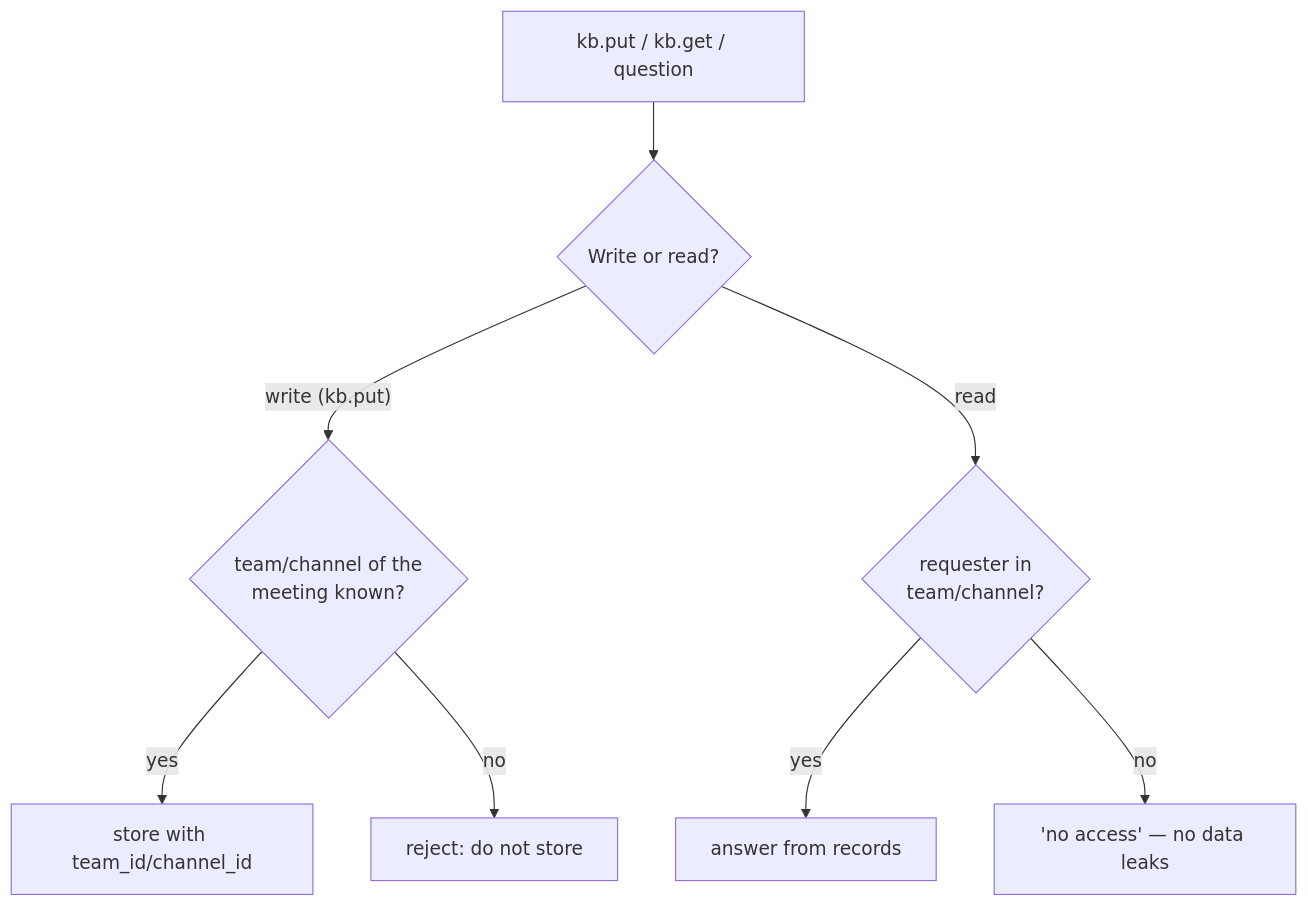
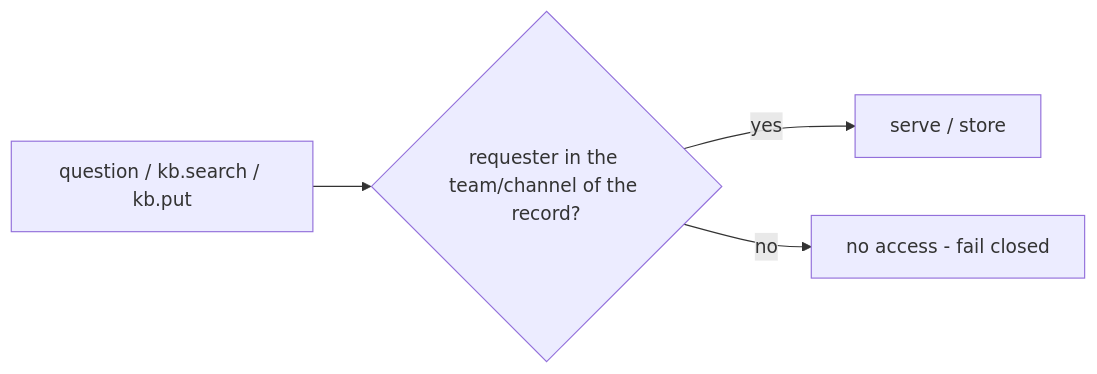
The fifth of 5 diagrams in docs/design.md (abstract-business-systems/virtual-worker), drawn with Mermaid before and after one commit. The commit also changed other lines of this file and 1 other file, not shown here.

Commit message:
Docs: rewrite design.md to as-deployed state; add architecture.md with system, audio, gating, brain-loop, stop, and ACL diagrams

````diff
--- a/docs/design.md
+++ b/docs/design.md
@@ -347,10 +363,6 @@
 ```mermaid
-flowchart TB
-    REQ["kb.put / kb.get / question"] --> W{"Write or read?"}
-    W -- "write (kb.put)" --> WA{"team/channel of the<br/>meeting known?"}
-    WA -- "yes" --> WOK["store with team_id/channel_id"]
-    WA -- "no" --> WREJ["reject: do not store"]
-    W -- "read" --> RA{"requester in<br/>team/channel?"}
-    RA -- "yes" --> ROK["answer from records"]
-    RA -- "no" --> RREJ["'no access' — no data leaks"]
+flowchart LR
+    REQ["question / kb.search / kb.put"] --> ACL{"requester in the team/channel of the record?"}
+    ACL -- "yes" --> OK["serve / store"]
+    ACL -- "no" --> DENY["no access - fail closed"]
 ```
````
